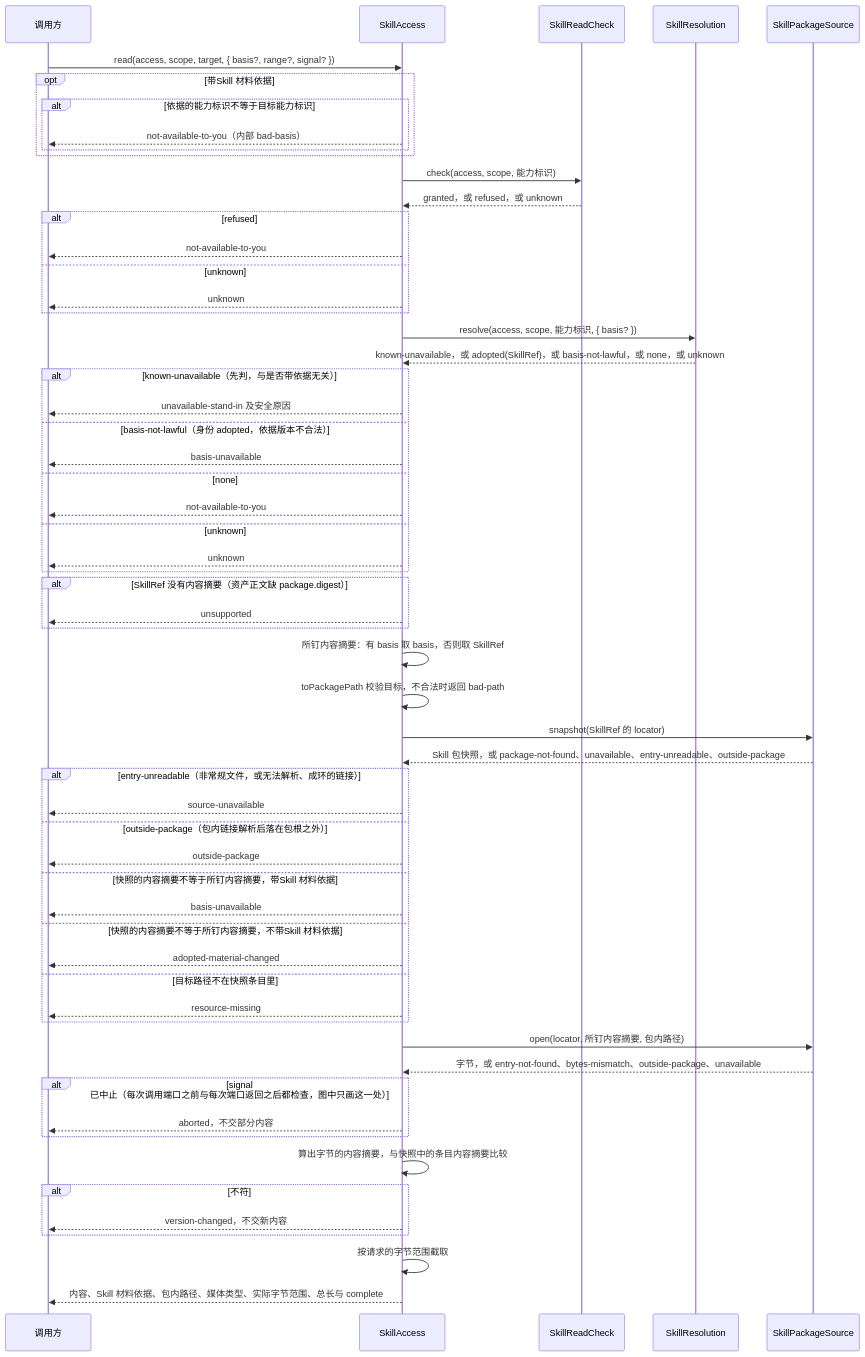
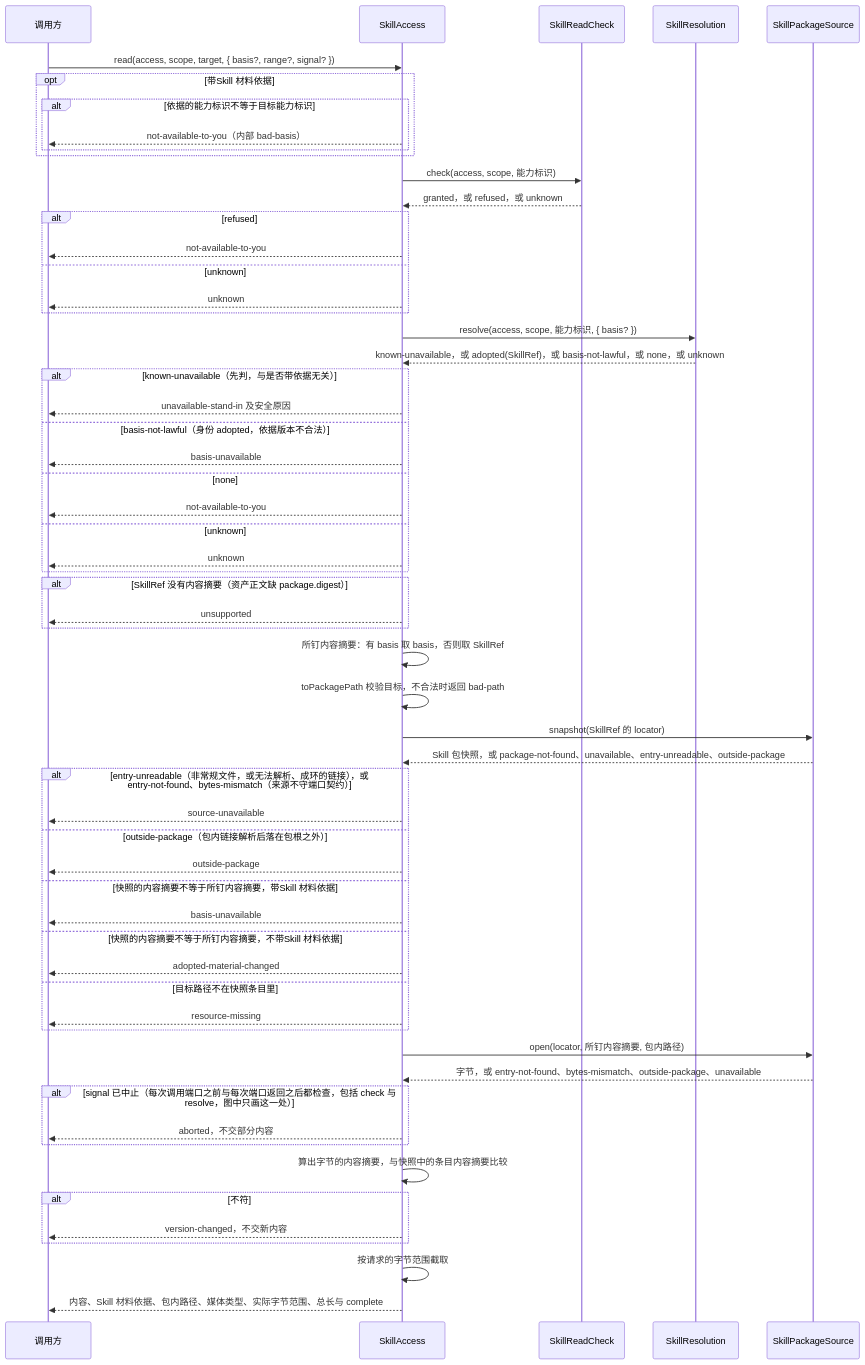
Before and after one commit to nemori-ai/omne-harness-lite: the third of 4 diagrams in packages/skills/docs/key-flows.md, drawn with Mermaid. The commit also changed other lines of this file and 4 other files, not shown here.

First line of the commit message:
docs(skills): 写回 W2 裁定：组页、领域页、key-flows 与组入口同步成员 SPEC/README

````diff
--- a/packages/skills/docs/key-flows.md
+++ b/packages/skills/docs/key-flows.md
@@ -84,61 +86,61 @@
 ```mermaid
 sequenceDiagram
   participant C as 调用方
   participant A as SkillAccess
   participant E as SkillReadCheck
   participant V as SkillResolution
   participant S as SkillPackageSource
   C->>A: read(access, scope, target, { basis?, range?, signal? })
   opt 带Skill 材料依据
     alt 依据的能力标识不等于目标能力标识
       A-->>C: not-available-to-you（内部 bad-basis）
     end
   end
   A->>E: check(access, scope, 能力标识)
   E-->>A: granted，或 refused，或 unknown
   alt refused
     A-->>C: not-available-to-you
   else unknown
     A-->>C: unknown
   end
   A->>V: resolve(access, scope, 能力标识, { basis? })
   V-->>A: known-unavailable，或 adopted(SkillRef)，或 basis-not-lawful，或 none，或 unknown
   alt known-unavailable（先判，与是否带依据无关）
     A-->>C: unavailable-stand-in 及安全原因
   else basis-not-lawful（身份 adopted，依据版本不合法）
     A-->>C: basis-unavailable
   else none
     A-->>C: not-available-to-you
   else unknown
     A-->>C: unknown
   end
   alt SkillRef 没有内容摘要（资产正文缺 package.digest）
     A-->>C: unsupported
   end
   A->>A: 所钉内容摘要：有 basis 取 basis，否则取 SkillRef
   A->>A: toPackagePath 校验目标，不合法时返回 bad-path
   A->>S: snapshot(SkillRef 的 locator)
   S-->>A: Skill 包快照，或 package-not-found、unavailable、entry-unreadable、outside-package
-  alt entry-unreadable（非常规文件，或无法解析、成环的链接）
+  alt entry-unreadable（非常规文件，或无法解析、成环的链接），或 entry-not-found、bytes-mismatch（来源不守端口契约）
     A-->>C: source-unavailable
   else outside-package（包内链接解析后落在包根之外）
     A-->>C: outside-package
   else 快照的内容摘要不等于所钉内容摘要，带Skill 材料依据
     A-->>C: basis-unavailable
   else 快照的内容摘要不等于所钉内容摘要，不带Skill 材料依据
     A-->>C: adopted-material-changed
   else 目标路径不在快照条目里
     A-->>C: resource-missing
   end
   A->>S: open(locator, 所钉内容摘要, 包内路径)
   S-->>A: 字节，或 entry-not-found、bytes-mismatch、outside-package、unavailable
-  alt signal 已中止（每次调用端口之前与每次端口返回之后都检查，图中只画这一处）
+  alt signal 已中止（每次调用端口之前与每次端口返回之后都检查，包括 check 与 resolve，图中只画这一处）
     A-->>C: aborted，不交部分内容
   end
   A->>A: 算出字节的内容摘要，与快照中的条目内容摘要比较
   alt 不符
     A-->>C: version-changed，不交新内容
   end
   A->>A: 按请求的字节范围截取
   A-->>C: 内容、Skill 材料依据、包内路径、媒体类型、实际字节范围、总长与 complete
 ```
````
